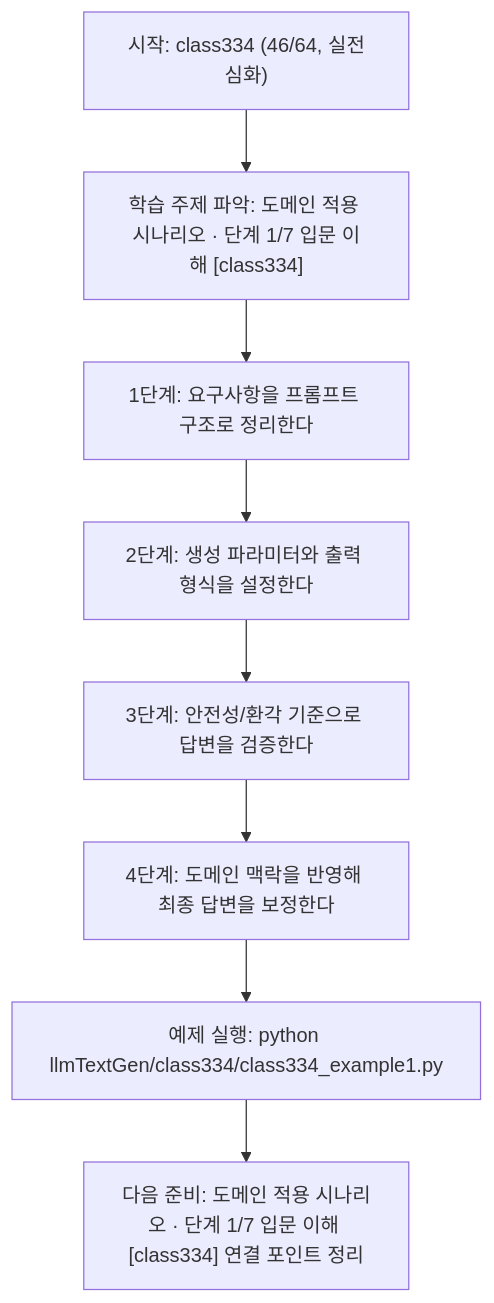
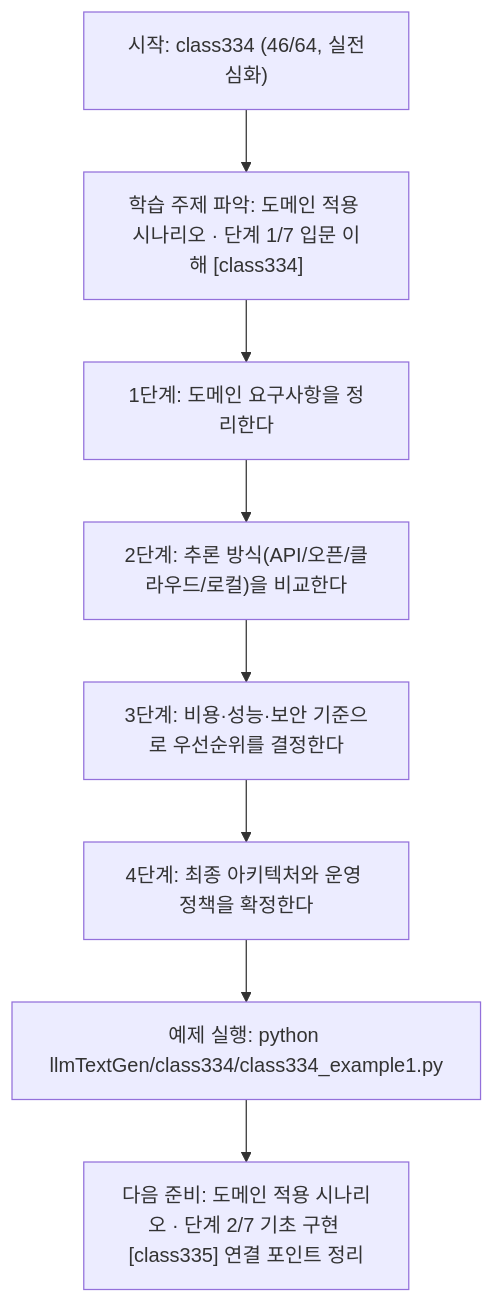
One commit to edumgt/Python-AI_Agent-Class changed the diagram in llmTextGen/class334/class334.md. Above: the diagram before and after it, drawn with Mermaid. The commit also changed other lines of this file and 451 other files, not shown here.

````diff
--- a/llmTextGen/class334/class334.md
+++ b/llmTextGen/class334/class334.md
@@ -114,18 +95,18 @@
 ```mermaid
 flowchart TD
 N1["시작: class334 (46/64, 실전심화)"]
 N2["학습 주제 파악: 도메인 적용 시나리오 · 단계 1/7 입문 이해 [class334]"]
-N3["1단계: 요구사항을 프롬프트 구조로 정리한다"]
-N4["2단계: 생성 파라미터와 출력 형식을 설정한다"]
-N5["3단계: 안전성/환각 기준으로 답변을 검증한다"]
-N6["4단계: 도메인 맥락을 반영해 최종 답변을 보정한다"]
+N3["1단계: 도메인 요구사항을 정리한다"]
+N4["2단계: 추론 방식(API/오픈/클라우드/로컬)을 비교한다"]
+N5["3단계: 비용·성능·보안 기준으로 우선순위를 결정한다"]
+N6["4단계: 최종 아키텍처와 운영 정책을 확정한다"]
 N7["예제 실행: python llmTextGen/class334/class334_example1.py"]
-N8["다음 준비: 도메인 적용 시나리오 · 단계 1/7 입문 이해 [class334] 연결 포인트 정리"]
+N8["다음 준비: 도메인 적용 시나리오 · 단계 2/7 기초 구현 [class335] 연결 포인트 정리"]
 N1 --> N2
 N2 --> N3
 N3 --> N4
 N4 --> N5
 N5 --> N6
 N6 --> N7
 N7 --> N8
 ```
````
